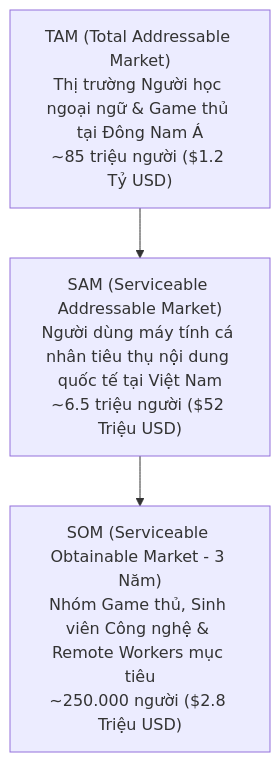
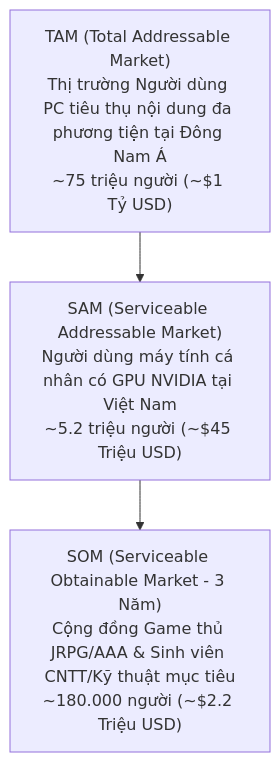
Before and after one commit to Kenny11423/VoxGlance: the third of 4 diagrams in survey_and_feasibility/04_project_feasibility_report.md, drawn with Mermaid. The commit also changed other lines of this file and 3 other files, not shown here.

````diff
--- a/survey_and_feasibility/04_project_feasibility_report.md
+++ b/survey_and_feasibility/04_project_feasibility_report.md
@@ -119,8 +132,8 @@
 ```mermaid
 flowchart TD
-    TAM["TAM (Total Addressable Market)\nThị trường Người học ngoại ngữ & Game thủ tại Đông Nam Á\n~85 triệu người ($1.2 Tỷ USD)"]
-    SAM["SAM (Serviceable Addressable Market)\nNgười dùng máy tính cá nhân tiêu thụ nội dung quốc tế tại Việt Nam\n~6.5 triệu người ($52 Triệu USD)"]
-    SOM["SOM (Serviceable Obtainable Market - 3 Năm)\nNhóm Game thủ, Sinh viên Công nghệ & Remote Workers mục tiêu\n~250.000 người ($2.8 Triệu USD)"]
+    TAM["TAM (Total Addressable Market)\nThị trường Người dùng PC tiêu thụ nội dung đa phương tiện tại Đông Nam Á\n~75 triệu người (~$1 Tỷ USD)"]
+    SAM["SAM (Serviceable Addressable Market)\nNgười dùng máy tính cá nhân có GPU NVIDIA tại Việt Nam\n~5.2 triệu người (~$45 Triệu USD)"]
+    SOM["SOM (Serviceable Obtainable Market - 3 Năm)\nCộng đồng Game thủ JRPG/AAA & Sinh viên CNTT/Kỹ thuật mục tiêu\n~180.000 người (~$2.2 Triệu USD)"]
 
     TAM --> SAM --> SOM
 ```
````
